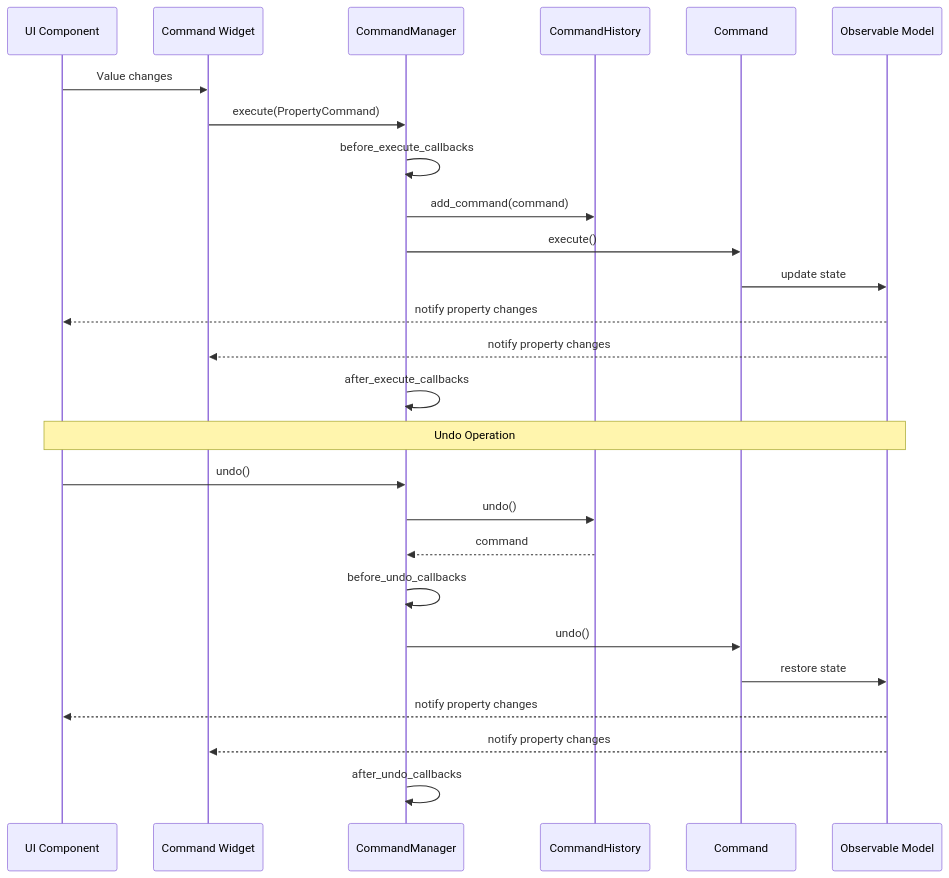
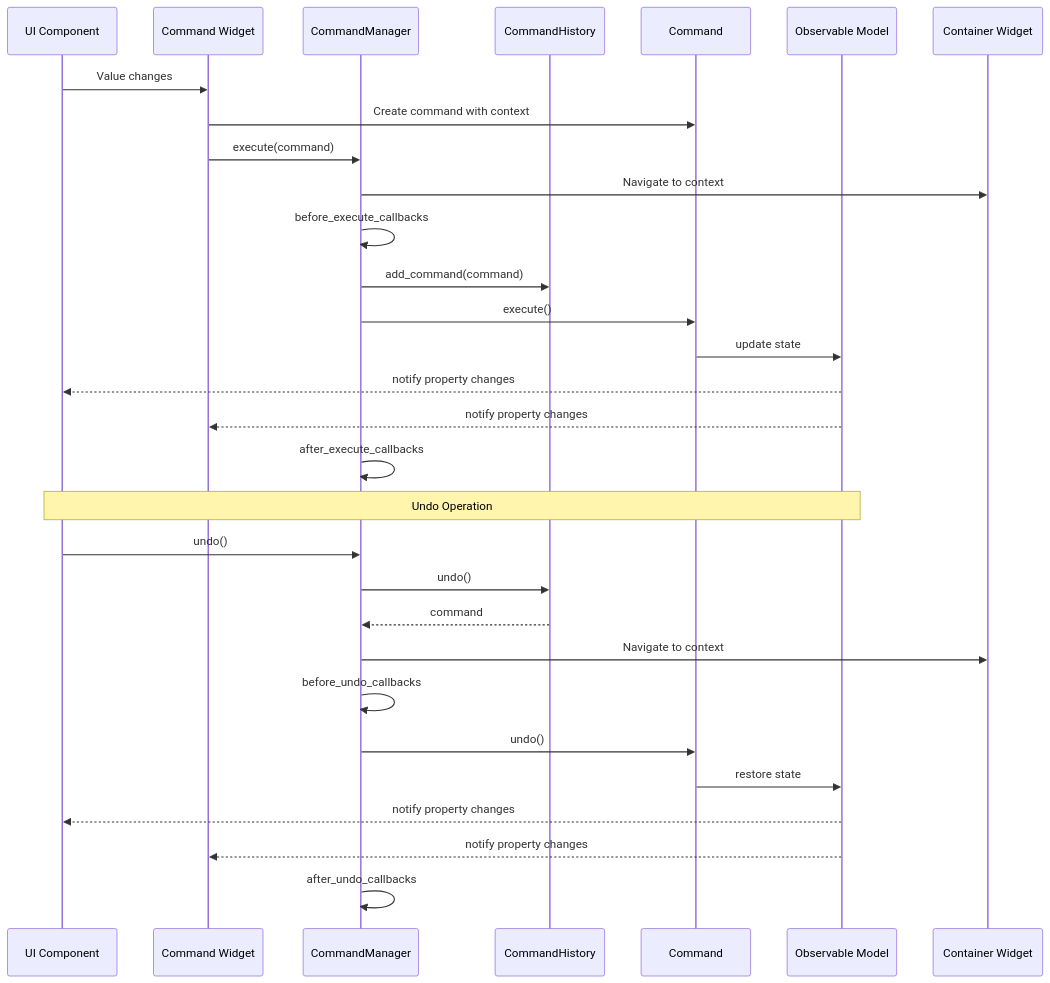
The second of 3 diagrams in command_system/docs/explanation.md (maro7tigre/PySignalDecipher), drawn with Mermaid before and after one commit. The commit also changed other lines of this file and 17 other files, not shown here.

````diff
--- a/command_system/docs/explanation.md
+++ b/command_system/docs/explanation.md
@@ -151,31 +169,35 @@
 ```mermaid
 sequenceDiagram
     participant UI as UI Component
     participant CW as Command Widget
     participant CM as CommandManager
     participant CH as CommandHistory
     participant CMD as Command
     participant Model as Observable Model
+    participant Container as Container Widget
     
     UI->>CW: Value changes
-    CW->>CM: execute(PropertyCommand)
+    CW->>CMD: Create command with context
+    CW->>CM: execute(command)
+    CM->>Container: Navigate to context
     CM->>CM: before_execute_callbacks
     CM->>CH: add_command(command)
     CM->>CMD: execute()
     CMD->>Model: update state
     Model-->>UI: notify property changes
     Model-->>CW: notify property changes
     CM->>CM: after_execute_callbacks
     
     Note over UI,Model: Undo Operation
     
     UI->>CM: undo()
     CM->>CH: undo()
     CH-->>CM: command
+    CM->>Container: Navigate to context
     CM->>CM: before_undo_callbacks
     CM->>CMD: undo()
     CMD->>Model: restore state
     Model-->>UI: notify property changes
     Model-->>CW: notify property changes
     CM->>CM: after_undo_callbacks
 ```
````
